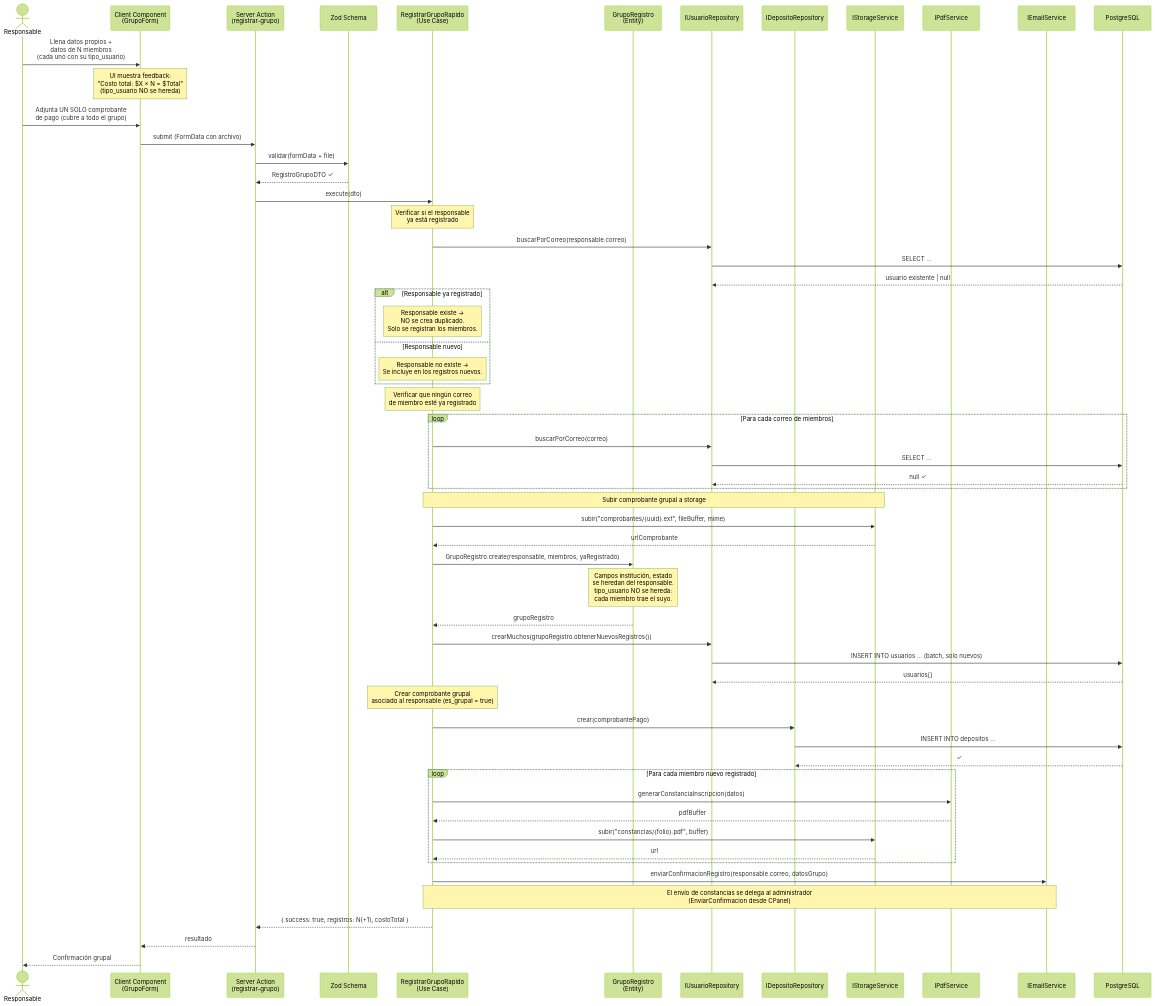
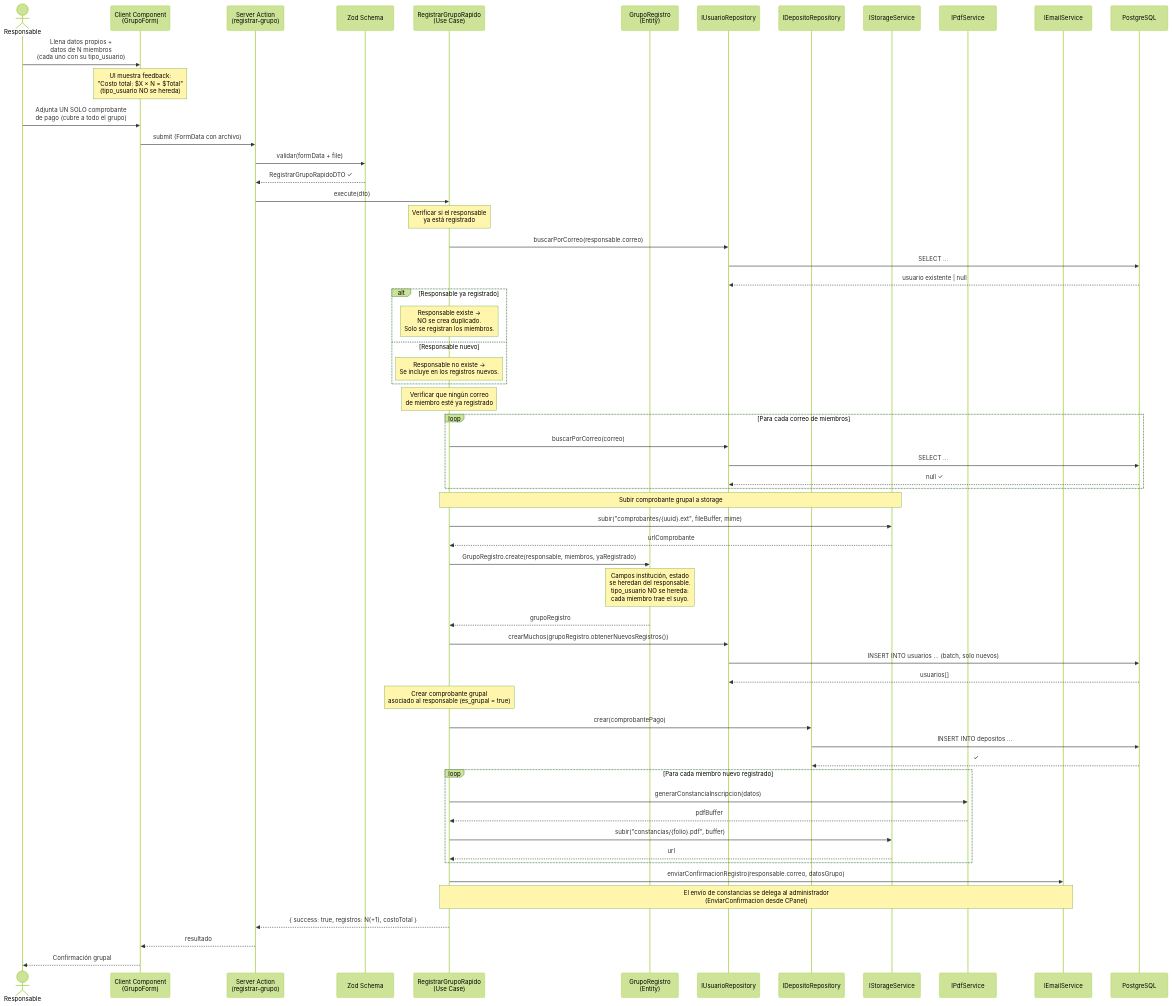
Before and after one commit to iKinoo/aniei-registro-2026: the sixth of 14 diagrams in docs/DESIGN.md, drawn with Mermaid (forest theme). The commit also changed other lines of this file and 3 other files, not shown here.

````diff
--- a/docs/DESIGN.md
+++ b/docs/DESIGN.md
@@ -753,75 +968,75 @@
 ```mermaid
 sequenceDiagram
     actor R as Responsable
     participant CC as Client Component<br/>(GrupoForm)
     participant SA as Server Action<br/>(registrar-grupo)
     participant Val as Zod Schema
     participant UC as RegistrarGrupoRapido<br/>(Use Case)
     participant Dom as GrupoRegistro<br/>(Entity)
     participant Repo as IUsuarioRepository
     participant CompRepo as IDepositoRepository
     participant Store as IStorageService
     participant PDF as IPdfService
     participant Mail as IEmailService
     participant DB as PostgreSQL
 
     R->>CC: Llena datos propios +<br/>datos de N miembros<br/>(cada uno con su tipo_usuario)
     Note over CC: UI muestra feedback:<br/>"Costo total: $X × N = $Total"<br/>(tipo_usuario NO se hereda)
     R->>CC: Adjunta UN SOLO comprobante<br/>de pago (cubre a todo el grupo)
     CC->>SA: submit (FormData con archivo)
     SA->>Val: validar(formData + file)
-    Val-->>SA: RegistroGrupoDTO ✓
+    Val-->>SA: RegistrarGrupoRapidoDTO ✓
 
     SA->>UC: execute(dto)
 
     Note over UC: Verificar si el responsable<br/>ya está registrado
     UC->>Repo: buscarPorCorreo(responsable.correo)
     Repo->>DB: SELECT ...
     DB-->>Repo: usuario existente | null
 
     alt Responsable ya registrado
         Note over UC: Responsable existe →<br/>NO se crea duplicado.<br/>Solo se registran los miembros.
     else Responsable nuevo
         Note over UC: Responsable no existe →<br/>Se incluye en los registros nuevos.
     end
 
     Note over UC: Verificar que ningún correo<br/>de miembro esté ya registrado
     loop Para cada correo de miembros
         UC->>Repo: buscarPorCorreo(correo)
         Repo->>DB: SELECT ...
         DB-->>Repo: null ✓
     end
 
     Note over UC,Store: Subir comprobante grupal a storage
     UC->>Store: subir("comprobantes/{uuid}.ext", fileBuffer, mime)
     Store-->>UC: urlComprobante
 
     UC->>Dom: GrupoRegistro.create(responsable, miembros, yaRegistrado)
     Note over Dom: Campos institución, estado<br/>se heredan del responsable.<br/>tipo_usuario NO se hereda:<br/>cada miembro trae el suyo.
 
     Dom-->>UC: grupoRegistro
 
     UC->>Repo: crearMuchos(grupoRegistro.obtenerNuevosRegistros())
     Repo->>DB: INSERT INTO usuarios ... (batch, solo nuevos)
     DB-->>Repo: usuarios[]
 
     Note over UC: Crear comprobante grupal<br/>asociado al responsable (es_grupal = true)
     UC->>CompRepo: crear(comprobantePago)
     CompRepo->>DB: INSERT INTO depositos ...
     DB-->>CompRepo: ✓
 
     loop Para cada miembro nuevo registrado
         UC->>PDF: generarConstanciaInscripcion(datos)
         PDF-->>UC: pdfBuffer
         UC->>Store: subir("constancias/{folio}.pdf", buffer)
         Store-->>UC: url
     end
 
     UC->>Mail: enviarConfirmacionRegistro(responsable.correo, datosGrupo)
     
     Note over UC,Mail: El envío de constancias se delega al administrador<br/>(EnviarConfirmacion desde CPanel)
 
     UC-->>SA: { success: true, registros: N(+1), costoTotal }
     SA-->>CC: resultado
     CC-->>R: Confirmación grupal
 ```
````
